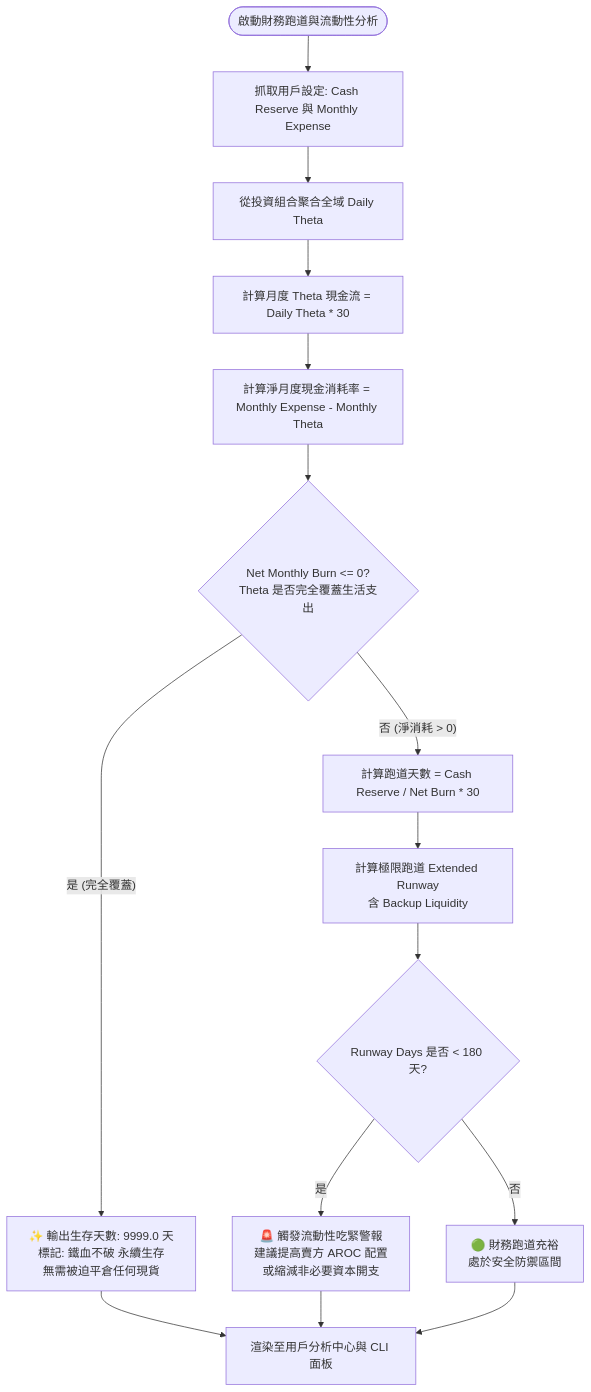
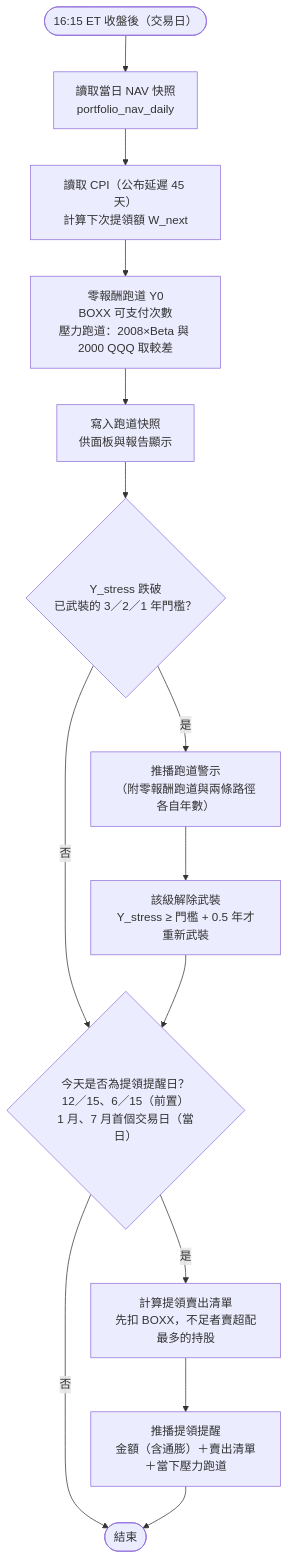
Before and after one commit to cosmo-chang-1701/nexus-seeker: the diagram in docs/risk_portfolio/05_financial_runway_and_liquidity.md, drawn with Mermaid. The commit also changed other lines of this file and 1 other file, not shown here.

Commit message:
docs: 提領跑道與歷史壓力重演規格（取代 Theta 生存跑道，尚未實作）

````diff
--- a/docs/risk_portfolio/05_financial_runway_and_liquidity.md
+++ b/docs/risk_portfolio/05_financial_runway_and_liquidity.md
@@ -61,23 +74,16 @@
 ```mermaid
 flowchart TD
-    Start([啟動財務跑道與流動性分析]) --> FetchData[抓取用戶設定: Cash Reserve 與 Monthly Expense]
-    FetchData --> FetchTheta[從投資組合聚合全域 Daily Theta]
-
-    FetchTheta --> CalcMonthlyTheta[計算月度 Theta 現金流 = Daily Theta * 30]
-    CalcMonthlyTheta --> CalcBurn[計算淨月度現金消耗率 = Monthly Expense - Monthly Theta]
-
-    CalcBurn --> BurnCheck{"Net Monthly Burn <= 0?<br/>Theta 是否完全覆蓋生活支出"}
-
-    BurnCheck -- 是 (完全覆蓋) --> InfiniteRunway["✨ 輸出生存天數: 9999.0 天<br/>標記: 鐵血不破 永續生存<br/>無需被迫平倉任何現貨"]
-    BurnCheck -- 否 (淨消耗 > 0) --> CalcDays[計算跑道天數 = Cash Reserve / Net Burn * 30]
-
-    CalcDays --> ExtendedCalc["計算極限跑道 Extended Runway<br/>含 Backup Liquidity"]
-    ExtendedCalc --> HealthCheck{Runway Days 是否 < 180 天?}
-
-    HealthCheck -- 是 --> TriggerWarning["🚨 觸發流動性吃緊警報<br/>建議提高賣方 AROC 配置<br/>或縮減非必要資本開支"]
-    HealthCheck -- 否 --> NormalHealth["🟢 財務跑道充裕<br/>處於安全防禦區間"]
-
-    InfiniteRunway --> RenderDashboard[渲染至用戶分析中心與 CLI 面板]
-    TriggerWarning --> RenderDashboard
-    NormalHealth --> RenderDashboard
+    Start(["16:15 ET 收盤後（交易日）"]) --> Nav["讀取當日 NAV 快照<br/>portfolio_nav_daily"]
+    Nav --> Cpi["讀取 CPI（公布延遲 45 天）<br/>計算下次提領額 W_next"]
+    Cpi --> Calc["零報酬跑道 Y0<br/>BOXX 可支付次數<br/>壓力跑道：2008×Beta 與 2000 QQQ 取較差"]
+    Calc --> Store["寫入跑道快照<br/>供面板與報告顯示"]
+    Store --> Tier{"Y_stress 跌破<br/>已武裝的 3／2／1 年門檻？"}
+    Tier -- 是 --> Warn["推播跑道警示<br/>（附零報酬跑道與兩條路徑各自年數）"]
+    Warn --> Disarm["該級解除武裝<br/>Y_stress ≥ 門檻 + 0.5 年才重新武裝"]
+    Tier -- 否 --> Sched
+    Disarm --> Sched{"今天是否為提領提醒日？<br/>12／15、6／15（前置）<br/>1 月、7 月首個交易日（當日）"}
+    Sched -- 是 --> Plan["計算提領賣出清單<br/>先扣 BOXX，不足者賣超配最多的持股"]
+    Plan --> Remind["推播提領提醒<br/>金額（含通膨）＋賣出清單＋當下壓力跑道"]
+    Sched -- 否 --> End([結束])
+    Remind --> End
 ```
````
